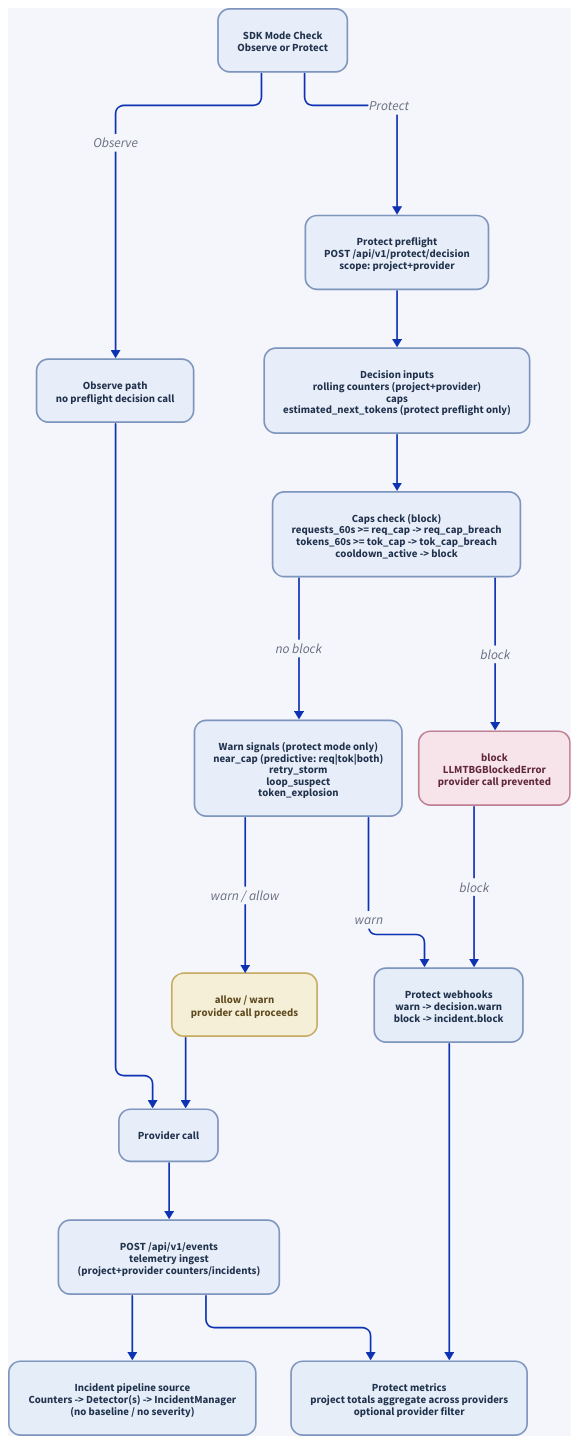
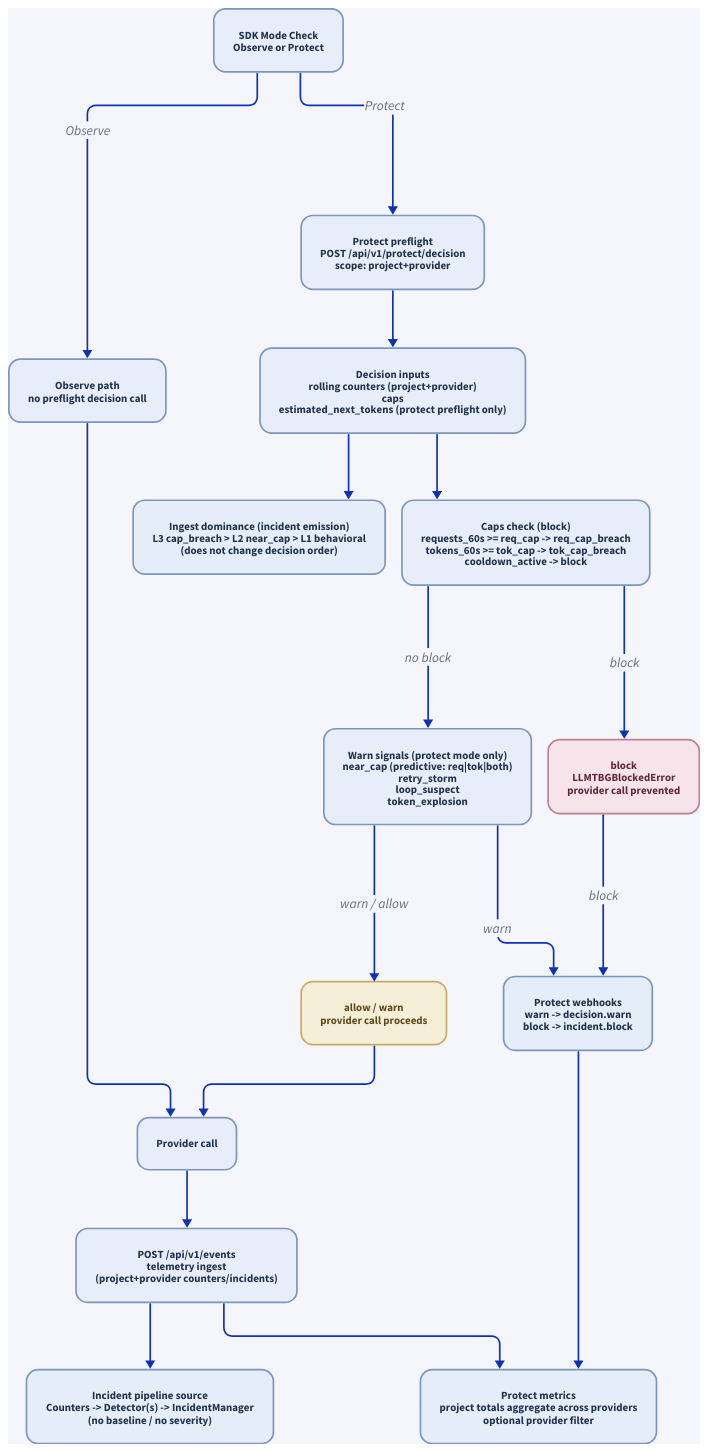
Before and after one commit to MichaelTelvin/Rheonic: the diagram in docs/architecture/protect_decision_flow.d2, drawn with D2. The commit also changed 9 other files, not shown here.

```diff
--- a/docs/architecture/protect_decision_flow.d2
+++ b/docs/architecture/protect_decision_flow.d2
@@ -1,159 +1,170 @@
 direction: down
 
 vars: {
   d2-config: {
     pad: 20
     sketch: false
     layout-engine: elk
   }
 }
 
 style: {
   fill: "#f4f6fb"
 }
 
 sdk_mode: "SDK Mode Check\nObserve or Protect" {
   style: {
     fill: "#e8eef9"
     stroke: "#7e95be"
     font-color: "#21324d"
     border-radius: 14
     font-size: 13
   }
 }
 
 observe: "Observe path\nno preflight decision call" {
   style: {
     fill: "#e8eef9"
     stroke: "#7e95be"
     font-color: "#21324d"
     border-radius: 14
     font-size: 13
   }
 }
 
 preflight: "Protect preflight\nPOST /api/v1/protect/decision\nscope: project+provider" {
   style: {
     fill: "#e8eef9"
     stroke: "#7e95be"
     font-color: "#21324d"
     border-radius: 14
     font-size: 13
   }
 }
 
 inputs: "Decision inputs\nrolling counters (project+provider)\ncaps\nestimated_next_tokens (protect preflight only)" {
   style: {
     fill: "#e8eef9"
     stroke: "#7e95be"
     font-color: "#21324d"
     border-radius: 14
     font-size: 13
   }
 }
 
 caps: "Caps check (block)\nrequests_60s >= req_cap -> req_cap_breach\ntokens_60s >= tok_cap -> tok_cap_breach\ncooldown_active -> block" {
   style: {
     fill: "#e8eef9"
     stroke: "#7e95be"
     font-color: "#21324d"
     border-radius: 14
     font-size: 13
   }
 }
 
 warn_signals: "Warn signals (protect mode only)\nnear_cap (predictive: req|tok|both)\nretry_storm\nloop_suspect\ntoken_explosion" {
   style: {
     fill: "#e8eef9"
+    stroke: "#7e95be"
+    font-color: "#21324d"
+    border-radius: 14
+    font-size: 13
+  }
+}
+
+ingest_note: "Ingest dominance (incident emission)\nL3 cap_breach > L2 near_cap > L1 behavioral\n(does not change decision order)" {
+  style: {
+    fill: "#e4edf8"
     stroke: "#7e95be"
     font-color: "#21324d"
     border-radius: 14
     font-size: 13
   }
 }
 
 allow_warn: "allow / warn\nprovider call proceeds" {
   style: {
     fill: "#f6efd8"
     stroke: "#c6ac63"
     font-color: "#5e4a1f"
     border-radius: 14
     font-size: 13
   }
 }
 
 block: "block\nLLMTBGBlockedError\nprovider call prevented" {
   style: {
     fill: "#f7e4ea"
     stroke: "#bf8095"
     font-color: "#61283d"
     border-radius: 14
     font-size: 13
   }
 }
 
 decision_webhooks: "Protect webhooks\nwarn -> decision.warn\nblock -> incident.block" {
   style: {
     fill: "#e4edf8"
     stroke: "#7e95be"
     font-color: "#21324d"
     border-radius: 14
     font-size: 13
   }
 }
 
 provider: "Provider call" {
   style: {
     fill: "#e8eef9"
     stroke: "#7e95be"
     font-color: "#21324d"
     border-radius: 14
     font-size: 13
   }
 }
 
 ingest: "POST /api/v1/events\ntelemetry ingest\n(project+provider counters/incidents)" {
   style: {
     fill: "#e8eef9"
     stroke: "#7e95be"
     font-color: "#21324d"
     border-radius: 14
     font-size: 13
   }
 }
 
 incident_pipeline: "Incident pipeline source\nCounters -> Detector(s) -> IncidentManager\n(no baseline / no severity)" {
   style: {
     fill: "#e4edf8"
     stroke: "#7e95be"
     font-color: "#21324d"
     border-radius: 14
     font-size: 13
   }
 }
 
 metrics: "Protect metrics\nproject totals aggregate across providers\noptional provider filter" {
   style: {
     fill: "#e4edf8"
     stroke: "#7e95be"
     font-color: "#21324d"
     border-radius: 14
     font-size: 13
   }
 }
 
 sdk_mode -> observe: "Observe"
 sdk_mode -> preflight: "Protect"
 observe -> provider
 preflight -> inputs
 inputs -> caps
+inputs -> ingest_note
 caps -> block: "block"
 caps -> warn_signals: "no block"
 warn_signals -> allow_warn: "warn / allow"
 warn_signals -> decision_webhooks: "warn"
 block -> decision_webhooks: "block"
 allow_warn -> provider
 provider -> ingest
 decision_webhooks -> metrics
 ingest -> incident_pipeline
 ingest -> metrics
```
